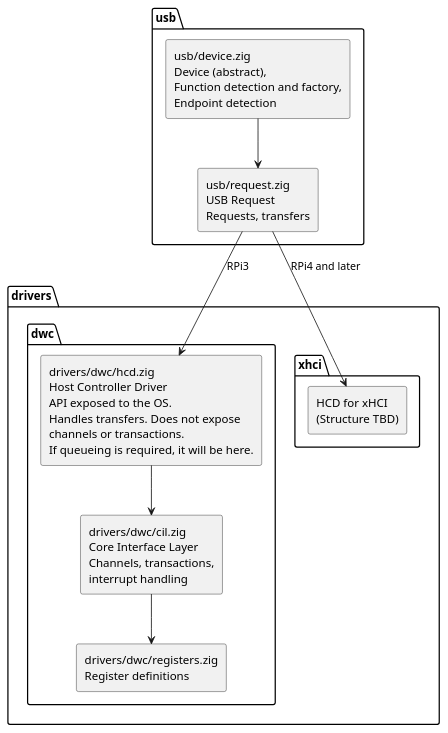
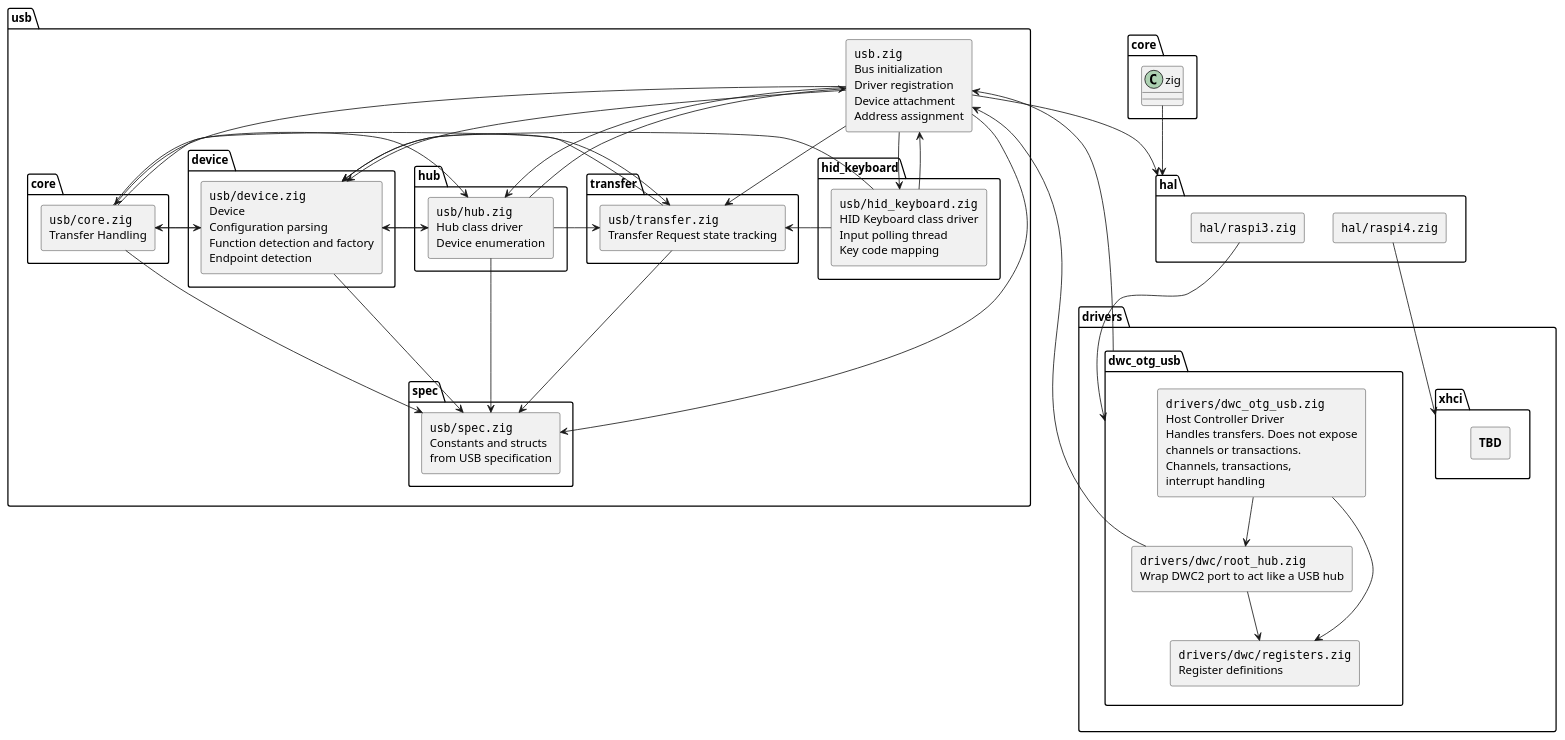
The diagram in doc/usb/dwc_driver_layers.plantuml (aapen/aapen), drawn with PlantUML before and after one commit.

Commit message:
Update the component diagram for the USB subsystem & DWC2 driver

```diff
--- a/doc/usb/dwc_driver_layers.plantuml
+++ b/doc/usb/dwc_driver_layers.plantuml
@@ -1,57 +1,122 @@
 @startuml
 skinparam componentStyle rectangle
 
 package usb {
-        component usb_device [
-        usb/device.zig
-        Device (abstract),
-        Function detection and factory,
+        component usb.zig [
+        ""usb.zig""
+        Bus initialization
+        Driver registration
+        Device attachment
+        Address assignment
+        ]
+
+        component core.zig [
+        ""usb/core.zig""
+        Transfer Handling
+        ]
+
+        component device.zig [
+        ""usb/device.zig""
+        Device
+        Configuration parsing
+        Function detection and factory
         Endpoint detection
         ]
 
 
-        component usb_request [
-        usb/request.zig
-        USB Request
-        Requests, transfers
+        component transfer.zig [
+        ""usb/transfer.zig""
+        Transfer Request state tracking
         ]
+
+        component hub.zig [
+        ""usb/hub.zig""
+        Hub class driver
+        Device enumeration
+        ]
+
+        component hid_keyboard.zig [
+        ""usb/hid_keyboard.zig""
+        HID Keyboard class driver
+        Input polling thread
+        Key code mapping
+        ]
+
+        component spec.zig [
+        ""usb/spec.zig""
+        Constants and structs
+        from USB specification
+        ]
+
+        usb.zig -d-> core.zig
+        usb.zig -d-> device.zig
+        usb.zig -d-> hid_keyboard.zig
+        usb.zig -d-> hub.zig
+        usb.zig -d-> spec.zig
+        usb.zig -d-> transfer.zig
+        core.zig -> device.zig
+        core.zig -> hub.zig
+        core.zig -d-> spec.zig
+        core.zig -> transfer.zig
+        device.zig -> core.zig
+        device.zig -> hub.zig
+        device.zig -d-> spec.zig
+        hid_keyboard.zig -> device.zig
+        hid_keyboard.zig -> transfer.zig
+        hid_keyboard.zig -u-> usb.zig
+        hub.zig -> device.zig
+        hub.zig -d-> spec.zig
+        hub.zig -> transfer.zig
+        hub.zig -u-> usb.zig
+        transfer.zig -d-> spec.zig
+        transfer.zig -> device.zig
 }
 
 package drivers {
-        package dwc {
+        package dwc_otg_usb {
                 component dwc_hcd [
-                drivers/dwc/hcd.zig
+                ""drivers/dwc_otg_usb.zig""
                 Host Controller Driver
-                API exposed to the OS.
                 Handles transfers. Does not expose
                 channels or transactions.
-                If queueing is required, it will be here.
-                ]
-
-                component dwc_cil [
-                drivers/dwc/cil.zig
-                Core Interface Layer
                 Channels, transactions,
                 interrupt handling
                 ]
-
                 component dwc_reg [
-                drivers/dwc/registers.zig
+                ""drivers/dwc/registers.zig""
                 Register definitions
+                ]
+                component root_hub [
+                ""drivers/dwc/root_hub.zig""
+                Wrap DWC2 port to act like a USB hub
                 ]
         }
         package xhci {
                 component xhci_hcd [
-                HCD for xHCI
-                (Structure TBD)
+                **TBD**
                 ]
         }
+
+        dwc_hcd -d-> dwc_reg
+        dwc_hcd -d-> root_hub
+        root_hub -d-> dwc_reg
 }
 
-usb_device -d-> usb_request
-usb_request -d-> dwc_hcd : RPi3
-usb_request -d-> xhci_hcd : RPi4 and later
-dwc_hcd -d-> dwc_cil
-dwc_cil -d-> dwc_reg
+package hal {
+        component raspi3 [
+        ""hal/raspi3.zig""
+        ]
+
+        component raspi4 [
+        ""hal/raspi4.zig""
+        ]
+}
+
+core.zig -d-> hal
+usb.zig -d-> hal
+raspi3 -d-> dwc_otg_usb
+raspi4 -d-> xhci
+root_hub -u-> usb.zig
+dwc_otg_usb -u-> usb.zig
 
 @enduml
```
